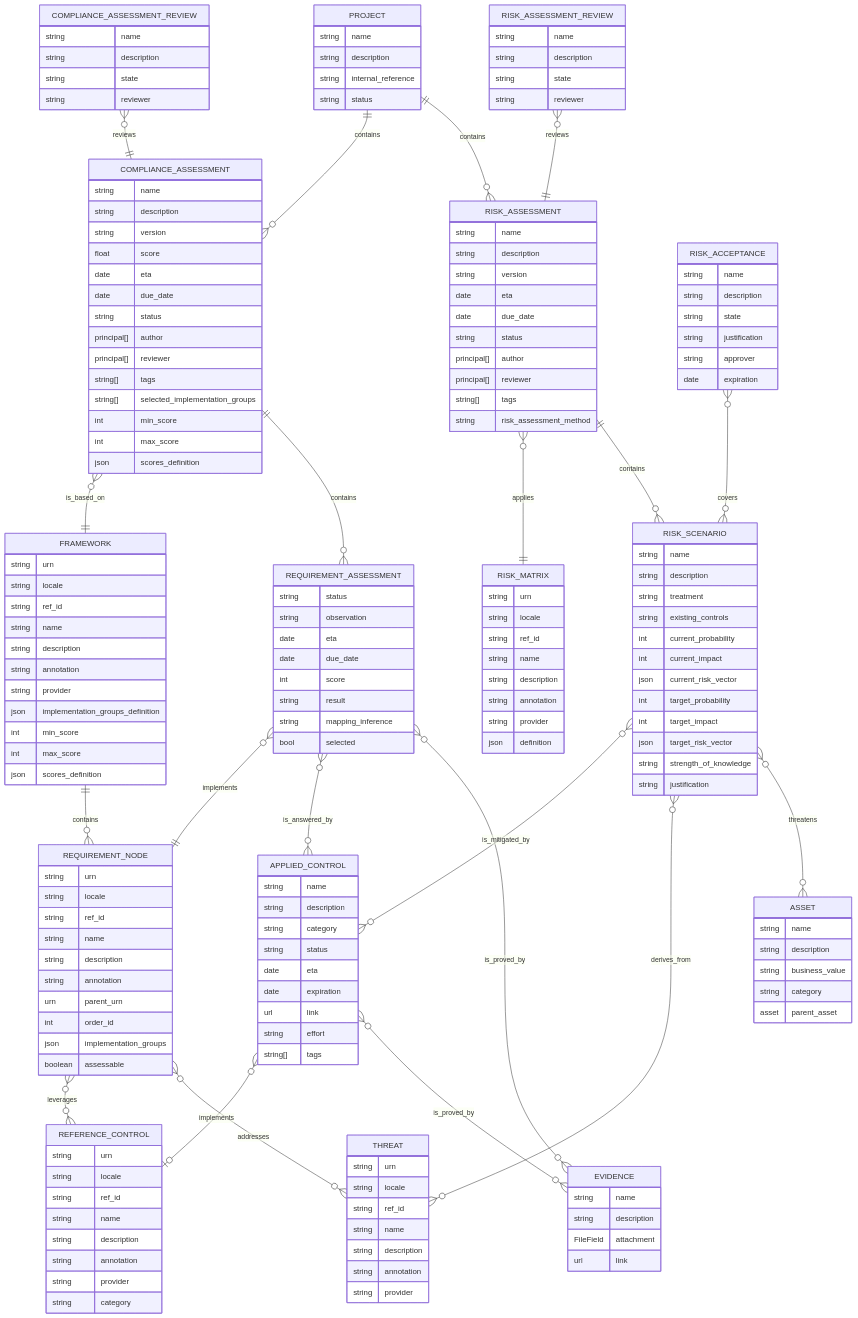
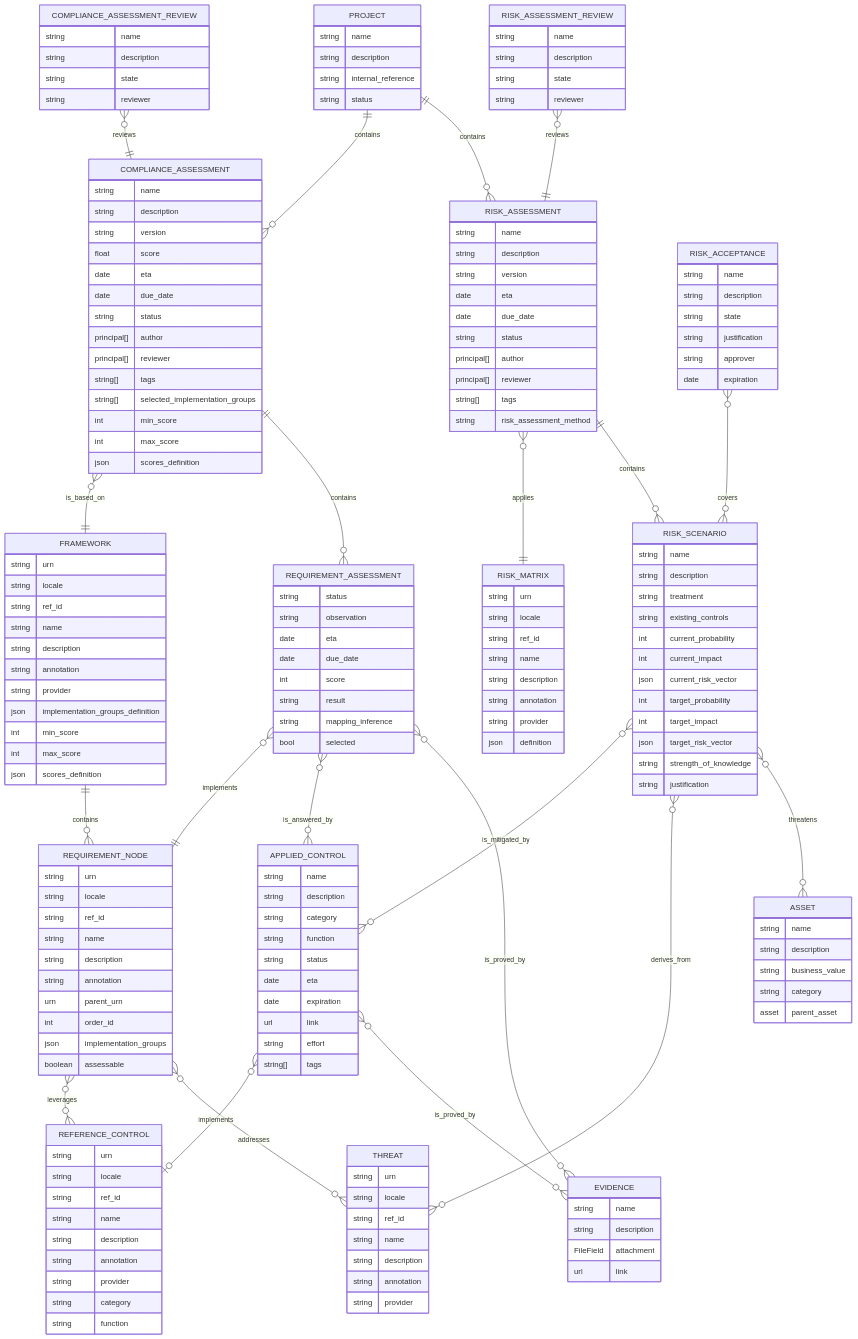
The fourth of 7 diagrams in documentation/architecture/data-model.md (intuitem/ciso-assistant-community), drawn with Mermaid before and after one commit. The commit also changed other lines of this file, not shown here.

Commit message:
add function to controls
based on NIST CSF v2

```diff
--- a/documentation/architecture/data-model.md
+++ b/documentation/architecture/data-model.md
@@ -200,6 +200,7 @@
         string  provider
 
         string  category
+        string  function
     }
 
     APPLIED_CONTROL {
@@ -207,6 +208,7 @@
         string   description
 
         string   category
+        string   function
         string   status
         date     eta
         date     expiration
```
